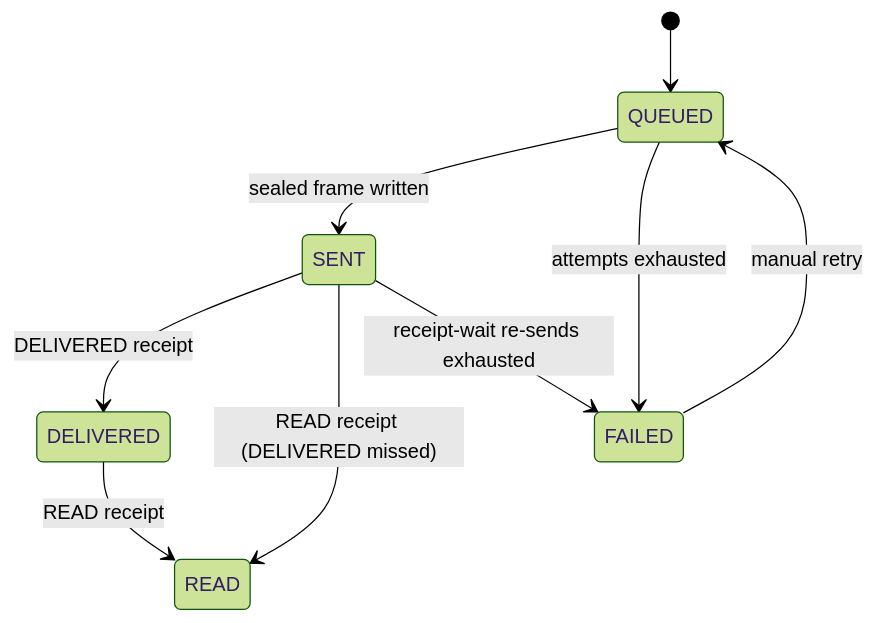
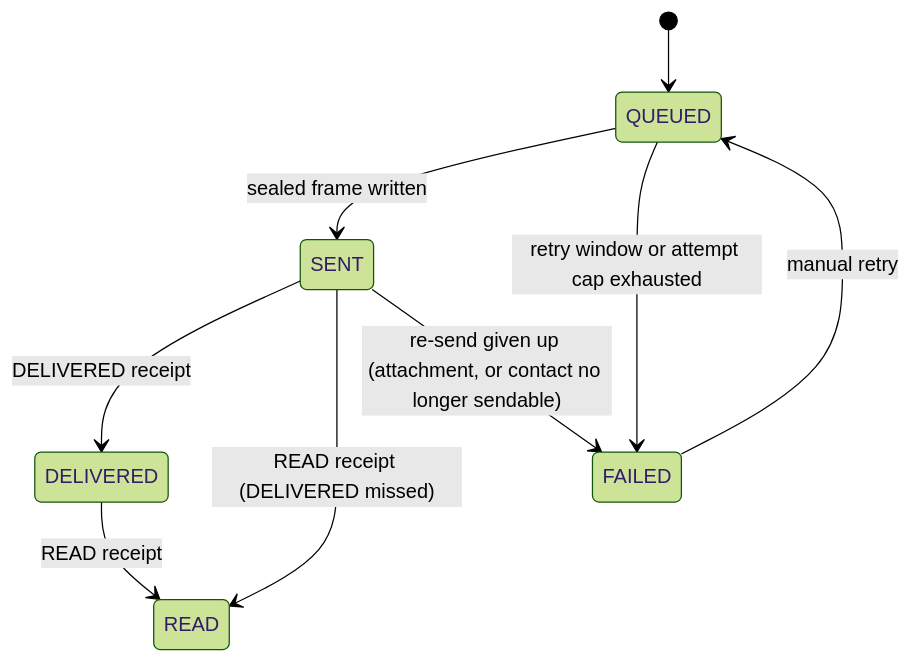
Before and after one commit to 0xAsghar/vMessenger: the fourth of 6 diagrams in docs/Protocol.md, drawn with Mermaid (forest theme). The commit also changed other lines of this file and 16 other files, not shown here.

````diff
--- a/docs/Protocol.md
+++ b/docs/Protocol.md
@@ -382,11 +382,11 @@
 ```mermaid
 stateDiagram-v2
   [*] --> QUEUED
   QUEUED --> SENT: sealed frame written
   SENT --> DELIVERED: DELIVERED receipt
   DELIVERED --> READ: READ receipt
   SENT --> READ: READ receipt (DELIVERED missed)
-  QUEUED --> FAILED: attempts exhausted
-  SENT --> FAILED: receipt-wait re-sends exhausted
+  QUEUED --> FAILED: retry window or attempt cap exhausted
+  SENT --> FAILED: re-send given up (attachment, or contact no longer sendable)
   FAILED --> QUEUED: manual retry
 ```
````
